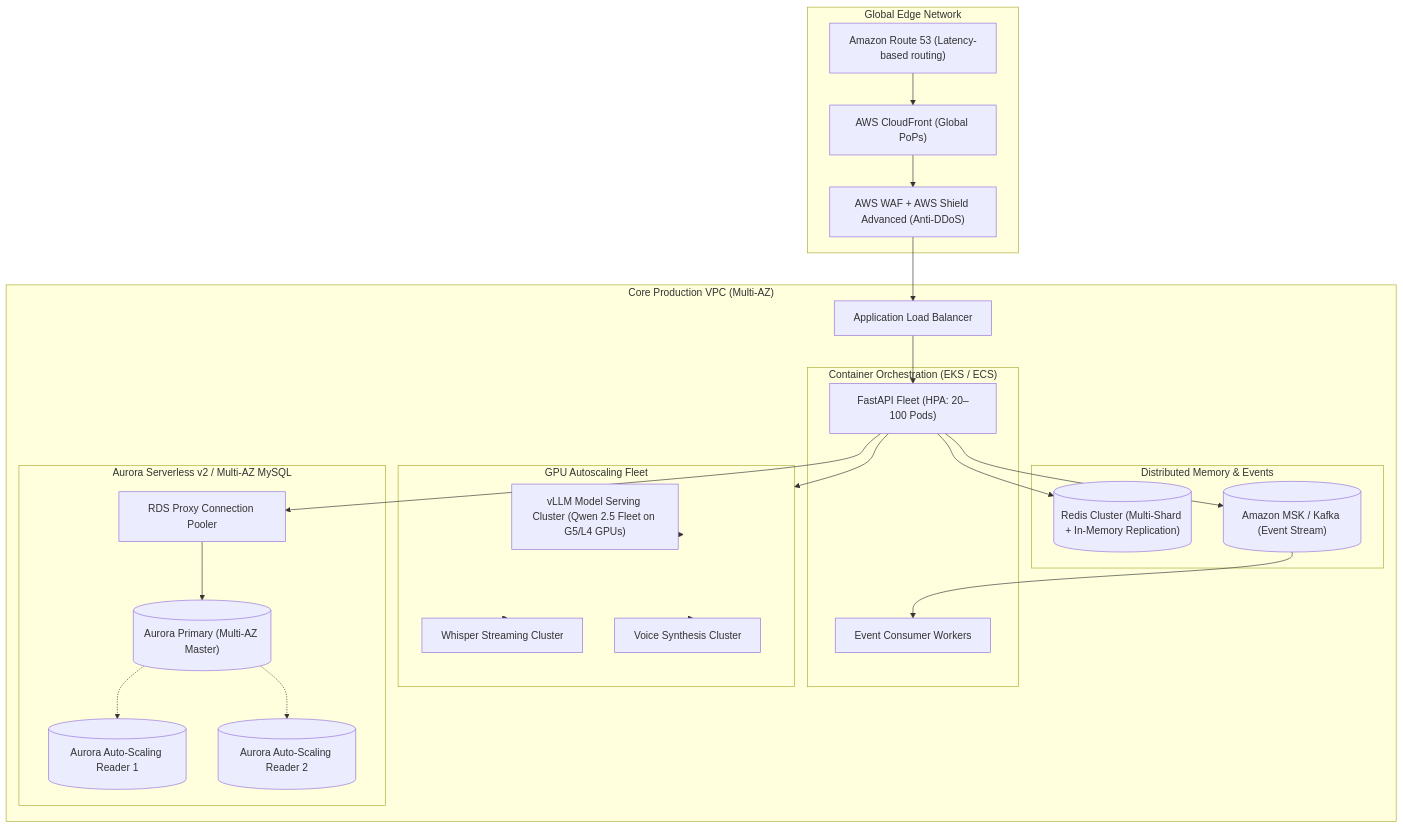
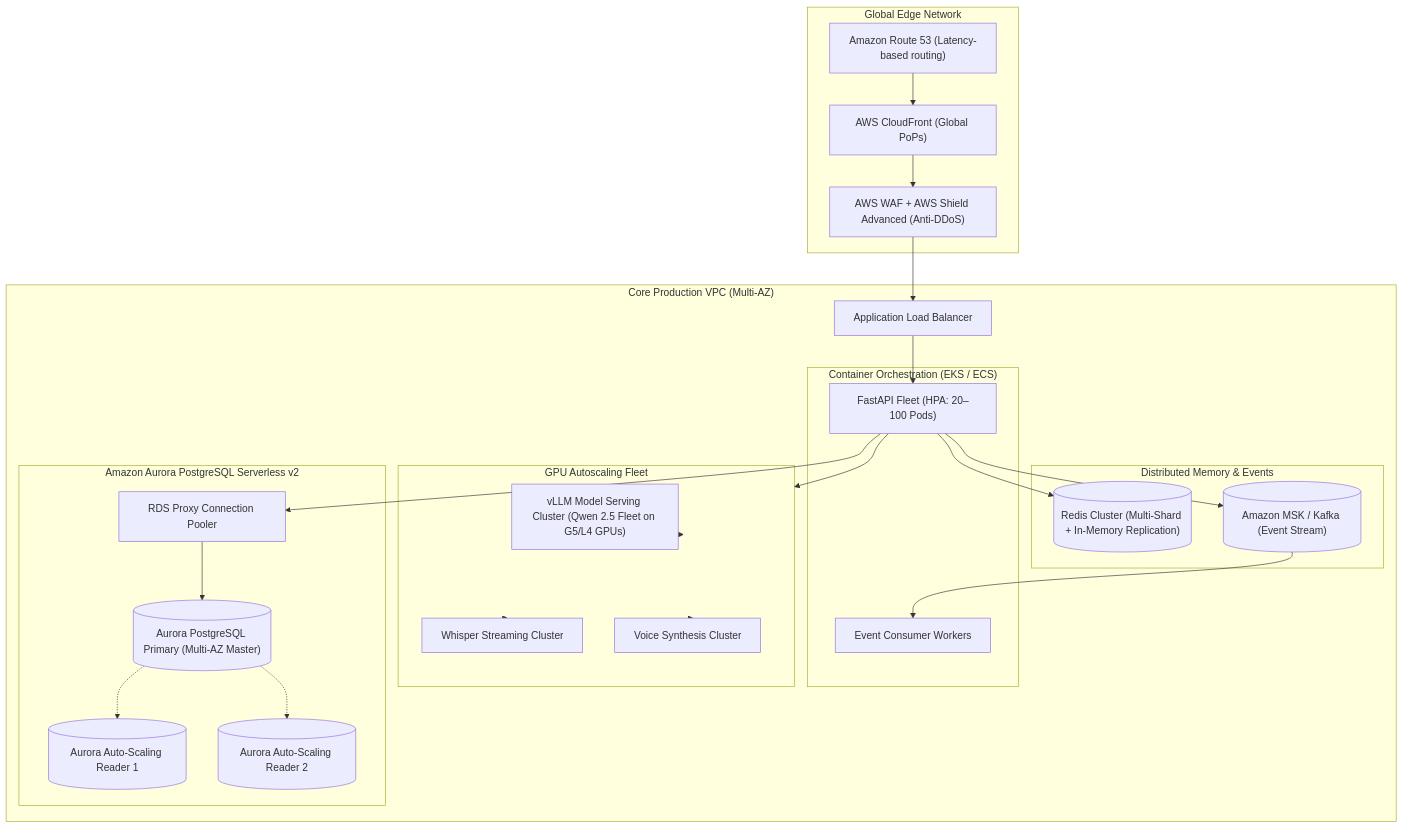
Before and after one commit to bikash-20/ML-fraud-detection-ai-fintech-platform: the fifth of 7 diagrams in docs/SCALING_ARCHITECTURE.md, drawn with Mermaid. The commit also changed other lines of this file and 1 other file, not shown here.

Commit message:
docs(scaling): replace MySQL with PostgreSQL as primary production database strategy

````diff
--- a/docs/SCALING_ARCHITECTURE.md
+++ b/docs/SCALING_ARCHITECTURE.md
@@ -248,46 +248,46 @@
 ```mermaid
 flowchart TD
     subgraph GlobalIngress["Global Edge Network"]
         R53["Amazon Route 53 (Latency-based routing)"]
         CloudFront["AWS CloudFront (Global PoPs)"]
         WAF_Shield["AWS WAF + AWS Shield Advanced (Anti-DDoS)"]
     end
 
     subgraph RegionalCluster["Core Production VPC (Multi-AZ)"]
         ALB["Application Load Balancer"]
         
         subgraph ComputeMesh["Container Orchestration (EKS / ECS)"]
             APIFleet["FastAPI Fleet (HPA: 20–100 Pods)"]
             EventWorkers["Event Consumer Workers"]
         end
 
         subgraph AIEngine["GPU Autoscaling Fleet"]
             LLMPool["vLLM Model Serving Cluster (Qwen 2.5 Fleet on G5/L4 GPUs)"]
             STTPool["Whisper Streaming Cluster"]
             TTSPool["Voice Synthesis Cluster"]
         end
 
-        subgraph DBEngine["Aurora Serverless v2 / Multi-AZ MySQL"]
+        subgraph DBEngine["Amazon Aurora PostgreSQL Serverless v2"]
             RDS_Proxy["RDS Proxy Connection Pooler"]
-            AuroraPrimary[("Aurora Primary (Multi-AZ Master)")]
+            AuroraPrimary[("Aurora PostgreSQL Primary (Multi-AZ Master)")]
             AuroraReader1[("Aurora Auto-Scaling Reader 1")]
             AuroraReader2[("Aurora Auto-Scaling Reader 2")]
         end
 
         subgraph MemoryEngine["Distributed Memory & Events"]
             RedisCluster[("Redis Cluster (Multi-Shard + In-Memory Replication)")]
             Kafka[("Amazon MSK / Kafka (Event Stream)")]
         end
     end
 
     R53 --> CloudFront --> WAF_Shield --> ALB
     ALB --> APIFleet
     APIFleet --> RDS_Proxy
     RDS_Proxy --> AuroraPrimary
     AuroraPrimary -.-> AuroraReader1 & AuroraReader2
     APIFleet --> RedisCluster
     APIFleet --> Kafka
     Kafka --> EventWorkers
     APIFleet --> AIEngine
     AIEngine --> LLMPool & STTPool & TTSPool
 ```
````
